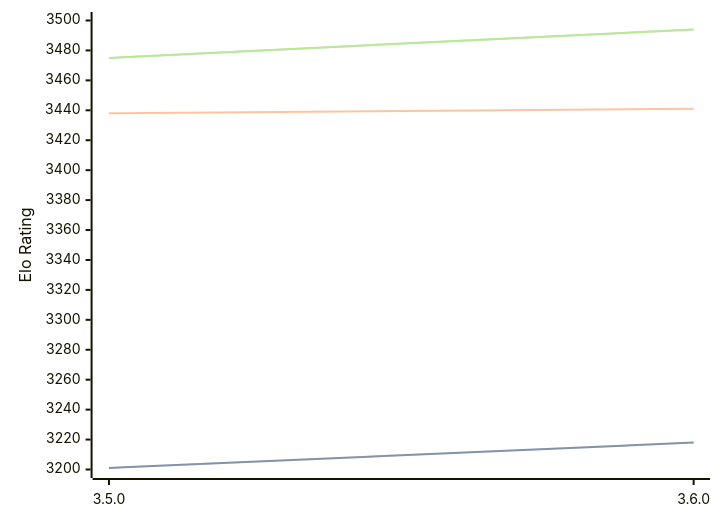
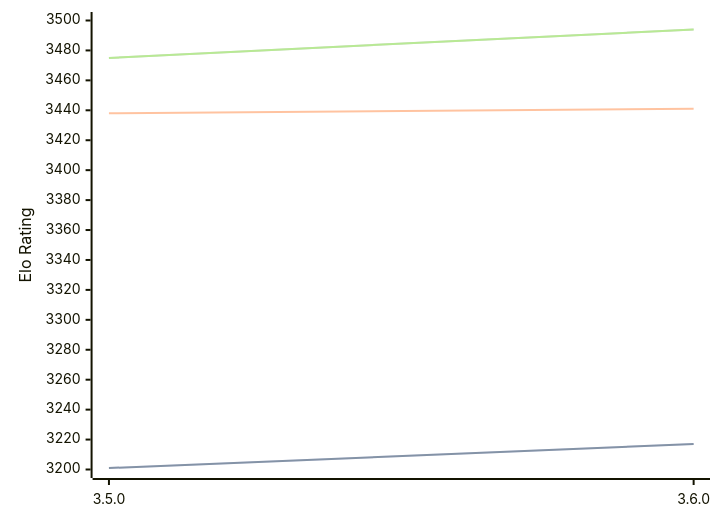
The diagram in engines/Igel.md (computer-chess-index/cci), drawn with Mermaid before and after one commit. The commit also changed other lines of this file, not shown here.

Commit message:
Update CCI Ratings (ELO VLTC) - 2026-04-29

````diff
--- a/engines/Igel.md
+++ b/engines/Igel.md
@@ -68,11 +68,11 @@
 ```mermaid
 %%{init: {"theme":"base","themeVariables":{"seriesColors:['#a3a3a3','#222221','#faa371']}}}%%
 xychart-beta
   x-axis ["3.5.0", "3.6.0"]
   y-axis "Elo Rating" 3200 --> 3500
-  line "STC (8.0+0.08s)" [3201, 3218]
-  line "STC (8.0+0.08s)" [3201, 3218]
+  line "STC (8.0+0.08s)" [3201, 3217]
+  line "STC (8.0+0.08s)" [3201, 3217]
   line "LTC (60.0+0.60s)" [3438, 3441]
   line "VLTC (2m24s+1.12s)" [3475, 3494]
   line "VLTC (2m24s+1.12s)" [3475, 3494]
 ```
````
